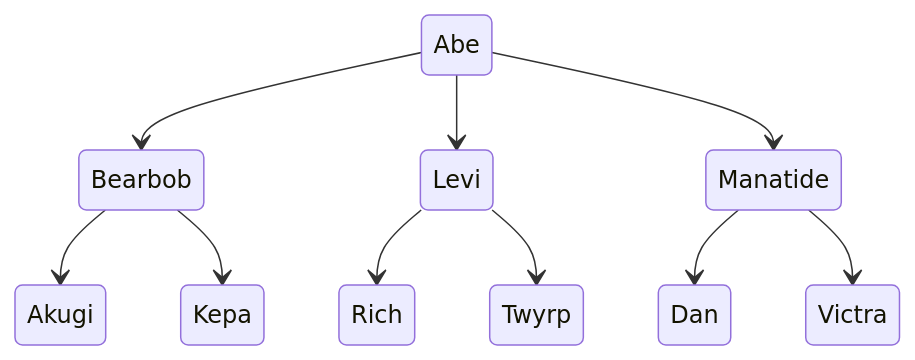
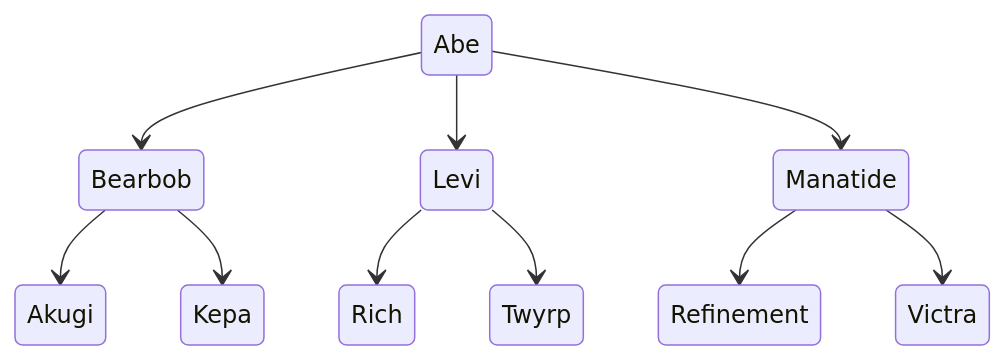
Before and after one commit to leemWF/READMEVault: the fifth of 11 diagrams in wepulled/swp/README.md, drawn with Mermaid. The commit also changed other lines of this file, not shown here.

````diff
--- a/wepulled/swp/README.md
+++ b/wepulled/swp/README.md
@@ -107,23 +107,23 @@
 ```mermaid
 stateDiagram-v2
     t1: Abe
     h1: Bearbob
     h2: Levi
     h3: Manatide
     r1: Akugi
     r2: Kepa
     r3: Rich
     r4: Twyrp
-    r5: Dan
+    r5: Refinement
     r6: Victra
 
     t1 --> h1
     t1 --> h2
     t1 --> h3
     h1 --> r1
     h1 --> r2
     h2 --> r3
     h2 --> r4
     h3 --> r5
     h3 --> r6
 ```
````
